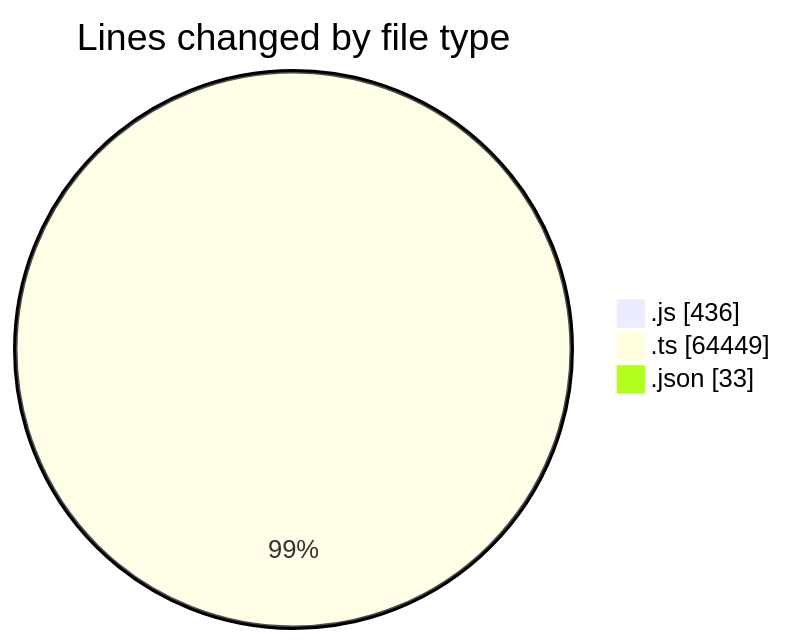
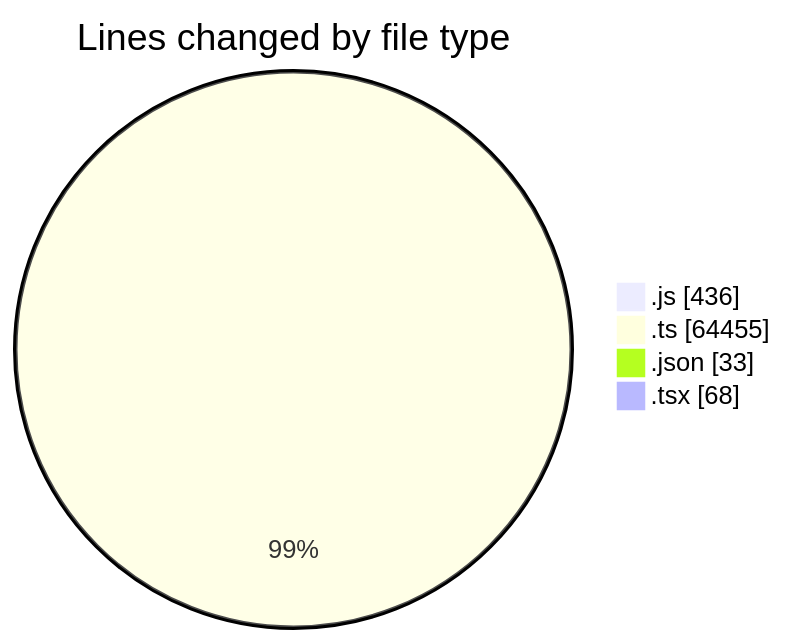
Before and after one commit to momahboobian/code-tracking: the first of 2 diagrams in 2026-07-27/cda/README.md, drawn with Mermaid. The commit also changed other lines of this file and 1 other file, not shown here.

````diff
--- a/2026-07-27/cda/README.md
+++ b/2026-07-27/cda/README.md
@@ -32,7 +33,8 @@
 ```mermaid
 pie showData
 title Lines changed by file type
 ".js" : 436
-".ts" : 64449
+".ts" : 64455
 ".json" : 33
+".tsx" : 68
 ```
````
